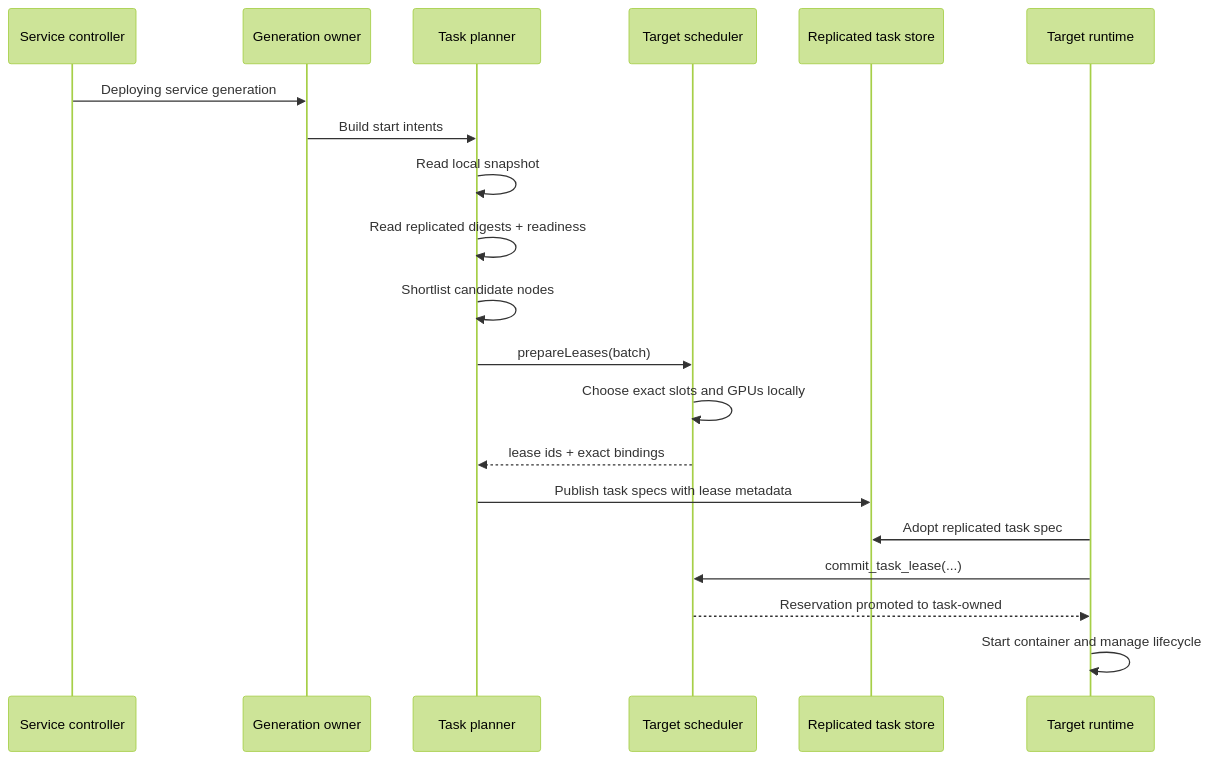
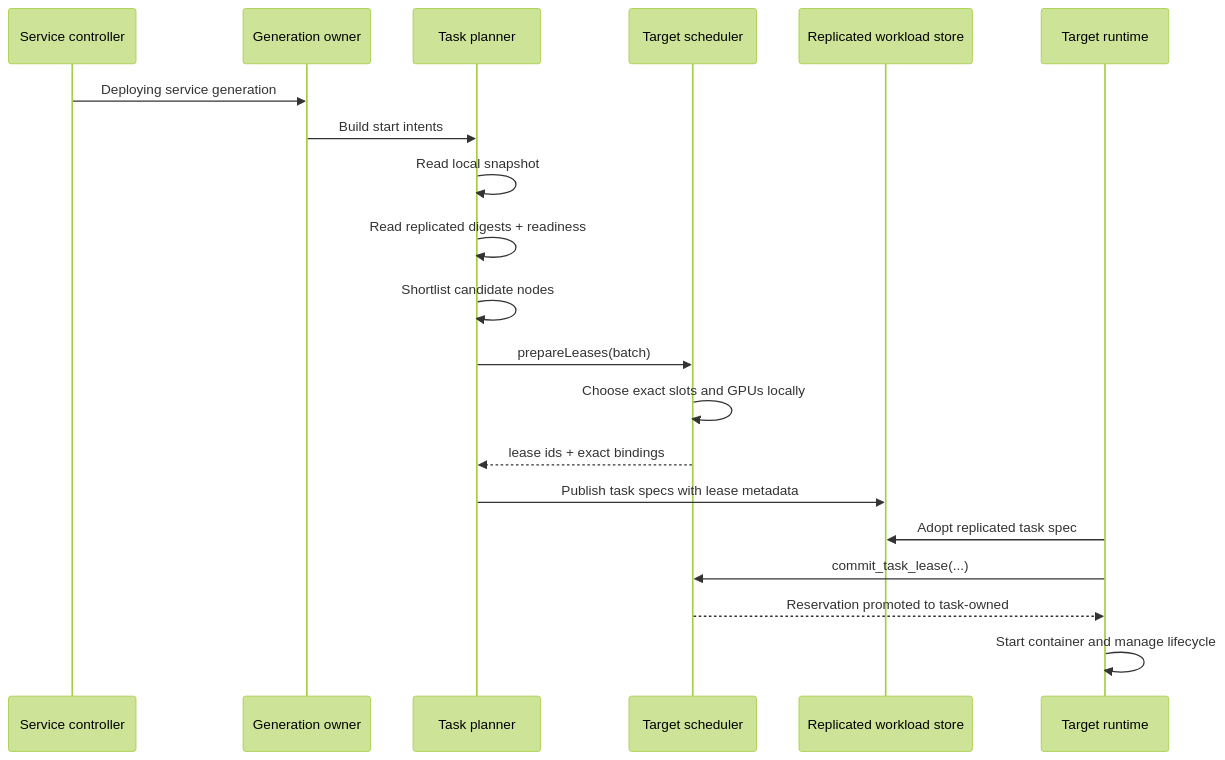
Before and after one commit to MantissaLabs/mantissa: the second of 4 diagrams in docs/distributed-scheduler.md, drawn with Mermaid (forest theme). The commit also changed 38 other files, not shown here.

First line of the commit message:
workload: rename internal replication store and sync domain

````diff
--- a/docs/distributed-scheduler.md
+++ b/docs/distributed-scheduler.md
@@ -114,23 +114,23 @@
 ```mermaid
 sequenceDiagram
     participant SC as Service controller
     participant OW as Generation owner
     participant PL as Task planner
     participant TS as Target scheduler
-    participant RS as Replicated task store
+    participant RS as Replicated workload store
     participant RT as Target runtime
 
     SC->>OW: Deploying service generation
     OW->>PL: Build start intents
     PL->>PL: Read local snapshot
     PL->>PL: Read replicated digests + readiness
     PL->>PL: Shortlist candidate nodes
     PL->>TS: prepareLeases(batch)
     TS->>TS: Choose exact slots and GPUs locally
     TS-->>PL: lease ids + exact bindings
     PL->>RS: Publish task specs with lease metadata
     RT->>RS: Adopt replicated task spec
     RT->>TS: commit_task_lease(...)
     TS-->>RT: Reservation promoted to task-owned
     RT->>RT: Start container and manage lifecycle
 ```
````
